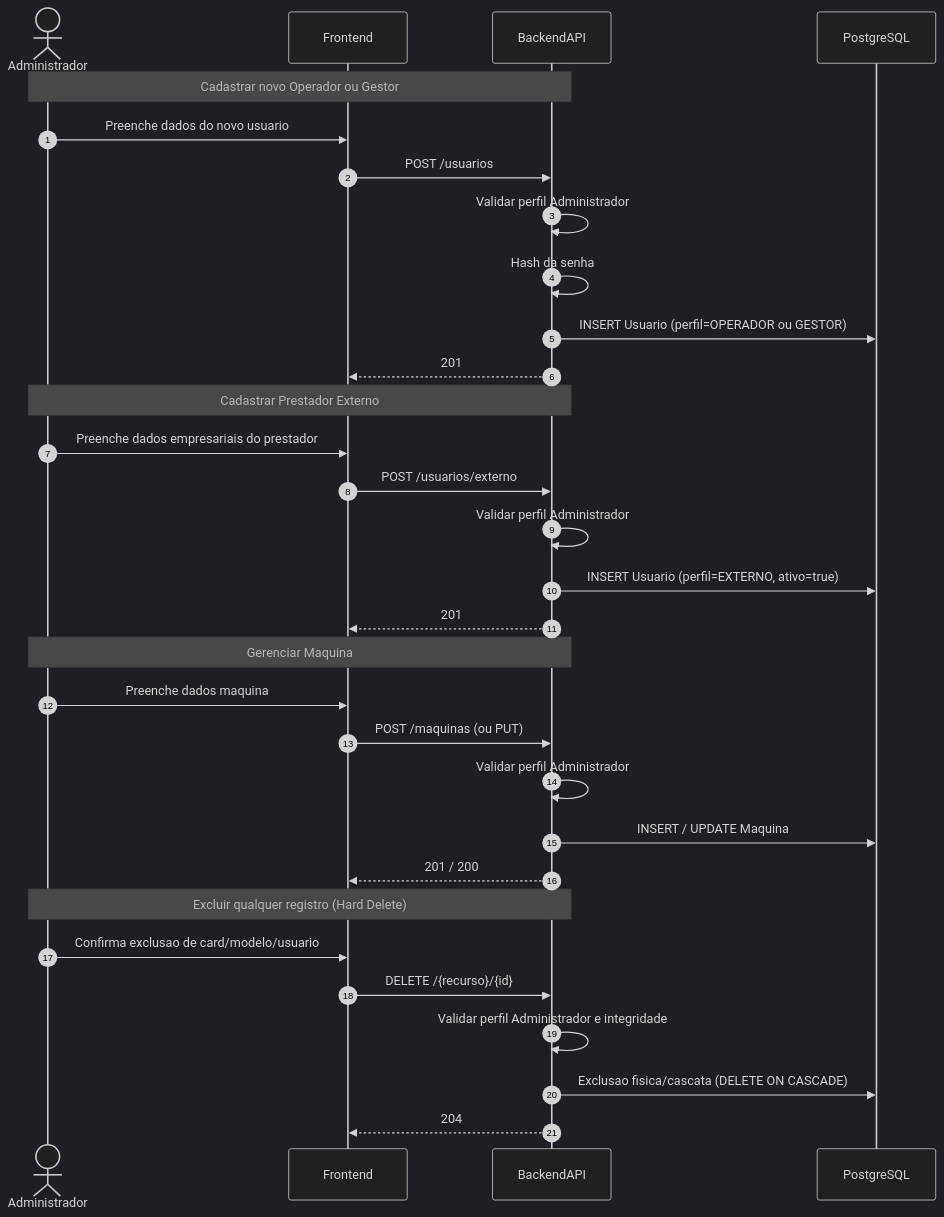
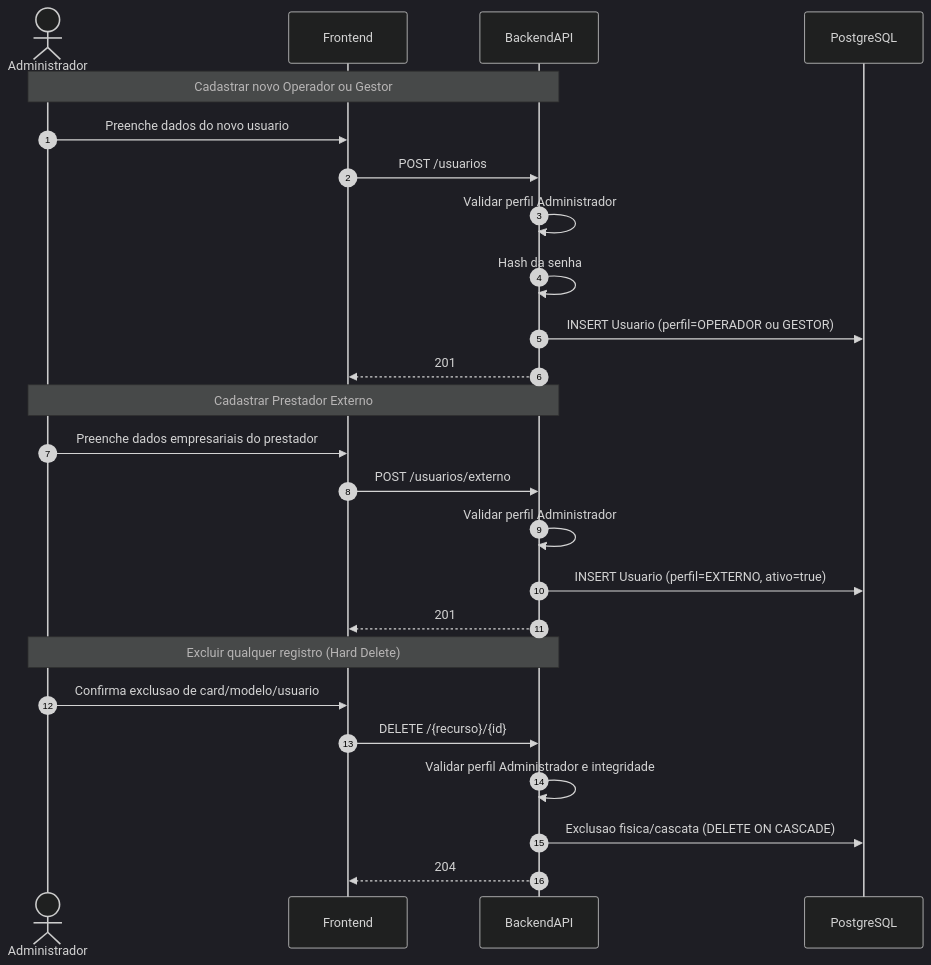
Before and after one commit to OtavioProcopio/rgm-backend: the sixth of 6 diagrams in docs/diagramas.md, drawn with Mermaid (dark theme). The commit also changed other lines of this file and 72 other files, not shown here.

````diff
--- a/docs/diagramas.md
+++ b/docs/diagramas.md
@@ -461,37 +448,30 @@
 ```mermaid
 sequenceDiagram
     autonumber
     actor AD as Administrador
     participant WEB as Frontend
     participant API as BackendAPI
     participant DB as PostgreSQL
 
     Note over AD,API: Cadastrar novo Operador ou Gestor
     AD->>WEB: Preenche dados do novo usuario
     WEB->>API: POST /usuarios
     API->>API: Validar perfil Administrador
     API->>API: Hash da senha
     API->>DB: INSERT Usuario (perfil=OPERADOR ou GESTOR)
     API-->>WEB: 201
 
     Note over AD,API: Cadastrar Prestador Externo
     AD->>WEB: Preenche dados empresariais do prestador
     WEB->>API: POST /usuarios/externo
     API->>API: Validar perfil Administrador
     API->>DB: INSERT Usuario (perfil=EXTERNO, ativo=true)
     API-->>WEB: 201
 
-    Note over AD,API: Gerenciar Maquina
-    AD->>WEB: Preenche dados maquina
-    WEB->>API: POST /maquinas (ou PUT)
-    API->>API: Validar perfil Administrador
-    API->>DB: INSERT / UPDATE Maquina
-    API-->>WEB: 201 / 200
-
     Note over AD,API: Excluir qualquer registro (Hard Delete)
     AD->>WEB: Confirma exclusao de card/modelo/usuario
     WEB->>API: DELETE /{recurso}/{id}
     API->>API: Validar perfil Administrador e integridade
     API->>DB: Exclusao fisica/cascata (DELETE ON CASCADE)
     API-->>WEB: 204
 ```
````
